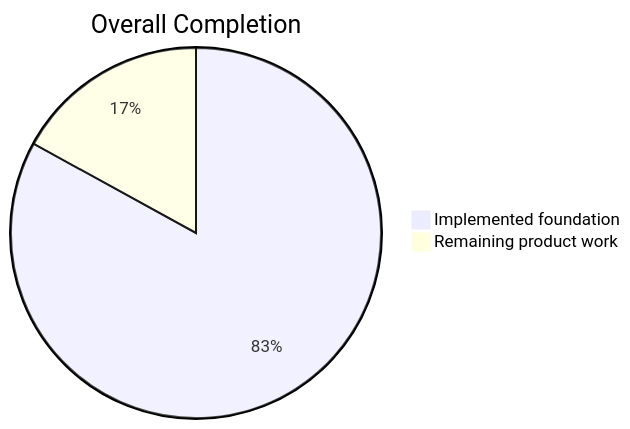
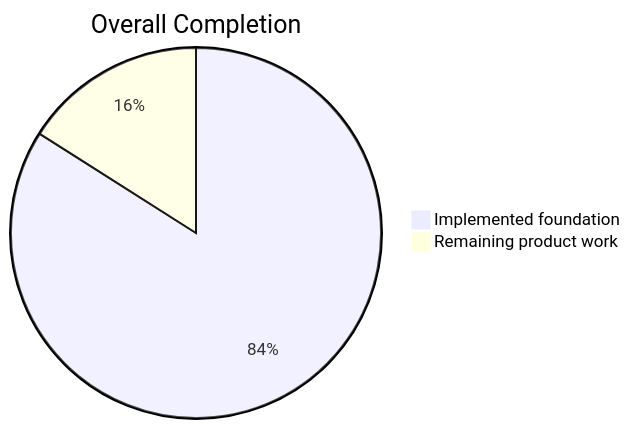
The first of 5 diagrams in README.md (lingmulongtai/GlyphRay), drawn with Mermaid before and after one commit. The commit also changed other lines of this file and 9 other files, not shown here.

````diff
--- a/README.md
+++ b/README.md
@@ -15,5 +15,5 @@
 ```mermaid
 pie title Overall Completion
-  "Implemented foundation" : 83
-  "Remaining product work" : 17
+  "Implemented foundation" : 84
+  "Remaining product work" : 16
 ```
````
